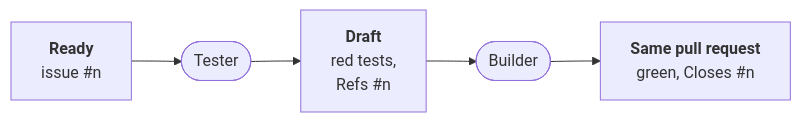
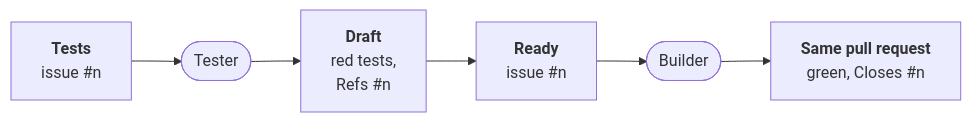
The diagram in roles/tester/docs/hand-over.md (JN0V/workline), drawn with Mermaid before and after one commit. The commit also changed other lines of this file and 31 other files, not shown here.

Commit message:
feat(routing): the line of states, tests wake the tester (#764)

````diff
--- a/roles/tester/docs/hand-over.md
+++ b/roles/tester/docs/hand-over.md
@@ -12,9 +12,10 @@
 ```mermaid
 flowchart LR
-  ready["<b>Ready</b><br/>issue #n"]
+  tests["<b>Tests</b><br/>issue #n"]
   tester(["Tester"])
   draft["<b>Draft</b><br/>red tests,<br/>Refs #n"]
+  ready["<b>Ready</b><br/>issue #n"]
   builder(["Builder"])
   pr["<b>Same pull request</b><br/>green, Closes #n"]
-  ready --> tester --> draft --> builder --> pr
+  tests --> tester --> draft --> ready --> builder --> pr
 ```
````
